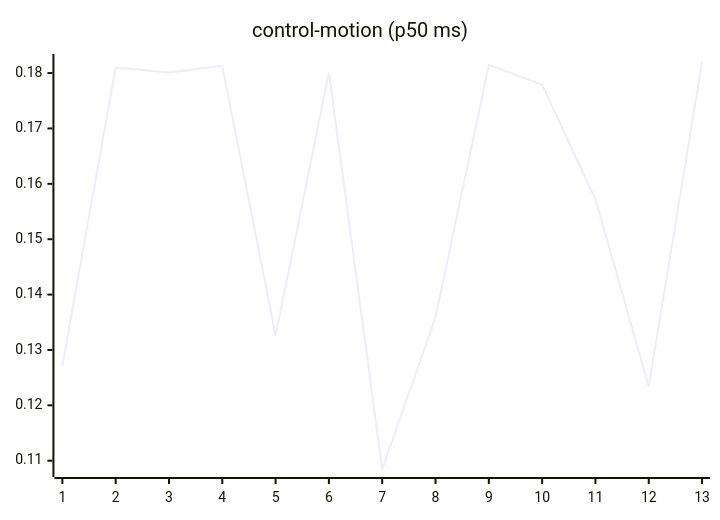
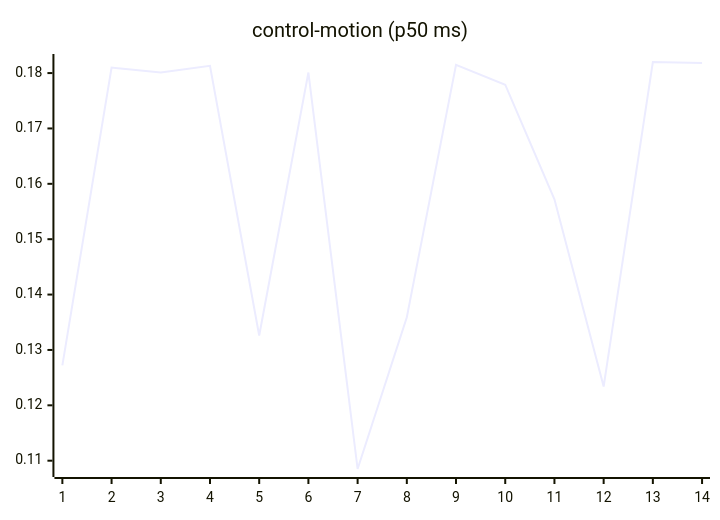
Before and after one commit to josha/Facet: the seventh of 27 diagrams in README.md, drawn with Mermaid. The commit also changed other lines of this file and 2 other files, not shown here.

````diff
--- a/README.md
+++ b/README.md
@@ -105,6 +105,6 @@
 ```mermaid
 xychart-beta
     title "control-motion (p50 ms)"
-    x-axis 1 --> 13
-    line [0.1272, 0.1810, 0.1801, 0.1813, 0.1326, 0.1801, 0.1085, 0.1359, 0.1815, 0.1779, 0.1572, 0.1234, 0.1820]
+    x-axis 1 --> 14
+    line [0.1272, 0.1810, 0.1801, 0.1813, 0.1326, 0.1801, 0.1085, 0.1359, 0.1815, 0.1779, 0.1572, 0.1234, 0.1820, 0.1818]
 ```
````
